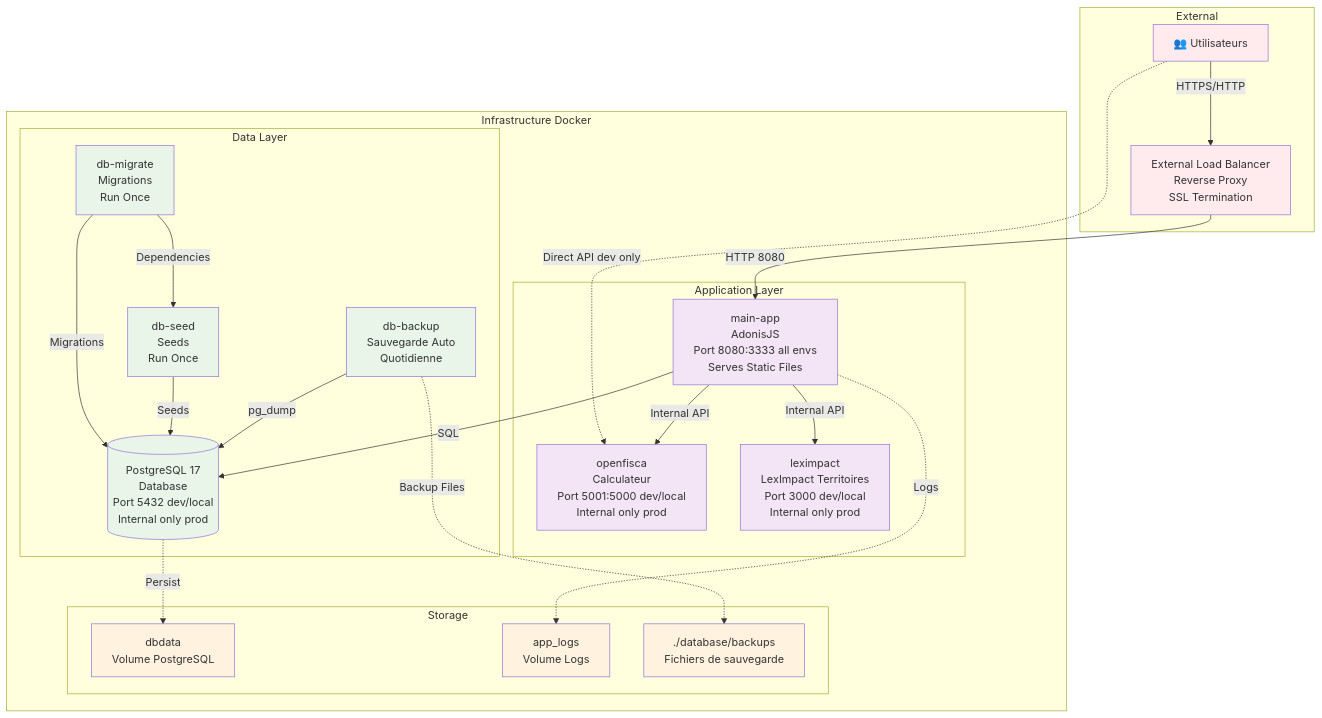
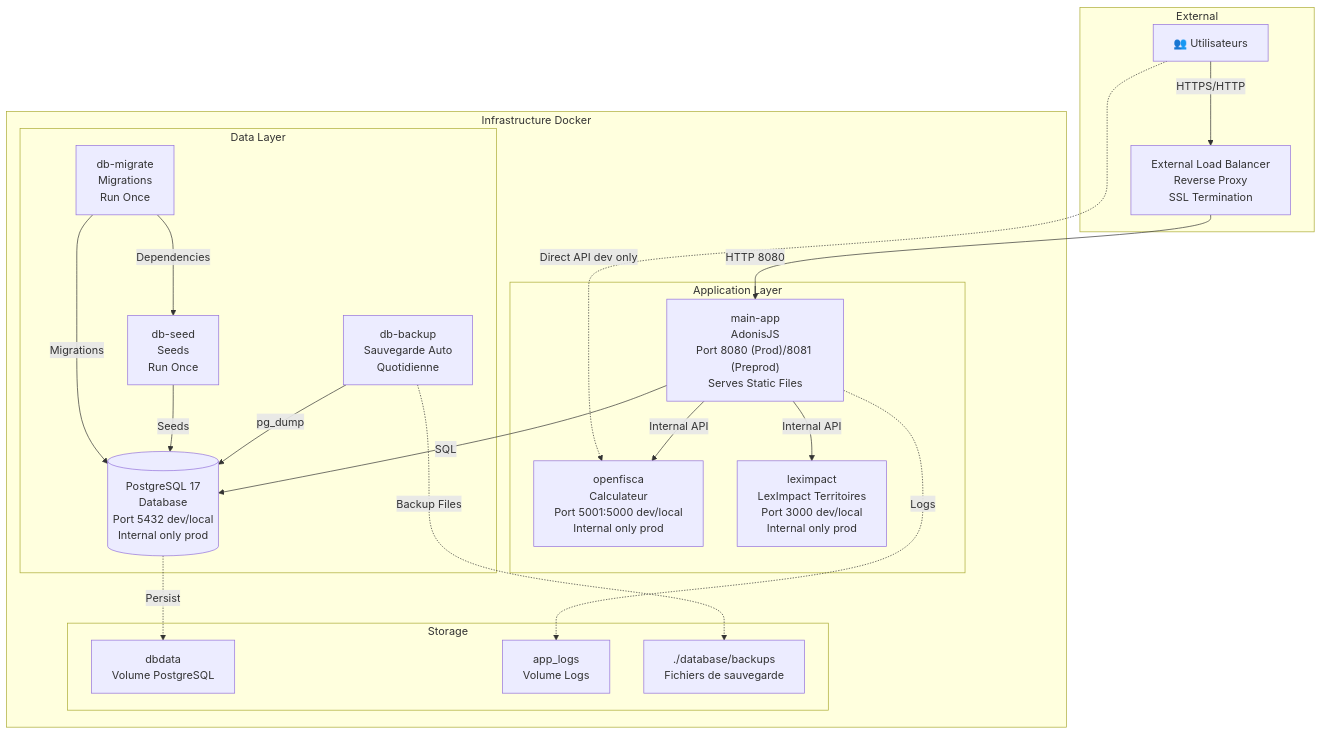
Before and after one commit to betagouv/aides-simplifiees-infra: the first of 2 diagrams in docs/architecture-overview.md, drawn with Mermaid. The commit also changed other lines of this file and 8 other files, not shown here.

Commit message:
refactor: infrastructure consolidation - Multi-environment Docker setup (prod/preprod/local/dev) - Systematic naming and isolation (databases, volumes, networks) - Hardcoded image tags for production reliability - Comprehensive Makefile automation - Simplified documentation and architecture overview

````diff
--- a/docs/architecture-overview.md
+++ b/docs/architecture-overview.md
@@ -21,53 +22,43 @@
 ```mermaid
 graph TB
     subgraph "Infrastructure Docker"
         subgraph "Application Layer"
-            main[main-app<br/>AdonisJS<br/>Port 8080:3333 all envs<br/>Serves Static Files]
+            main["main-app<br/>AdonisJS<br/>Port 8080 (Prod)/8081 (Preprod)<br/>Serves Static Files"]
             openfisca[openfisca<br/>Calculateur<br/>Port 5001:5000 dev/local<br/>Internal only prod]
             leximpact[leximpact<br/>LexImpact Territoires<br/>Port 3000 dev/local<br/>Internal only prod]
         end
         
         subgraph "Data Layer"
             db[(PostgreSQL 17<br/>Database<br/>Port 5432 dev/local<br/>Internal only prod)]
             migrate[db-migrate<br/>Migrations<br/>Run Once]
             seed[db-seed<br/>Seeds<br/>Run Once]
             backup[db-backup<br/>Sauvegarde Auto<br/>Quotidienne]
         end
         
         subgraph "Storage"
             dbdata[dbdata<br/>Volume PostgreSQL]
             logs[app_logs<br/>Volume Logs]
             backups[./database/backups<br/>Fichiers de sauvegarde]
         end
     end
     
     subgraph "External"
         users[👥 Utilisateurs]
         extproxy[External Load Balancer<br/>Reverse Proxy<br/>SSL Termination]
     end
     
     users -->|HTTPS/HTTP| extproxy
     extproxy -->|HTTP 8080| main
     users -.->|Direct API dev only| openfisca
     main -->|Internal API| openfisca
     main -->|Internal API| leximpact
     main -->|SQL| db
     migrate -->|Migrations| db
     migrate -->|Dependencies| seed
     seed -->|Seeds| db
     backup -->|pg_dump| db
     
     db -.->|Persist| dbdata
     main -.->|Logs| logs
     backup -.->|Backup Files| backups
-    
-    classDef app fill:#f3e5f5
-    classDef data fill:#e8f5e8
-    classDef storage fill:#fff3e0
-    classDef external fill:#ffebee
-    
-    class main,openfisca,leximpact app
-    class db,migrate,seed,backup data
-    class dbdata,logs,backups storage
-    class users,extproxy external
 ```
````
